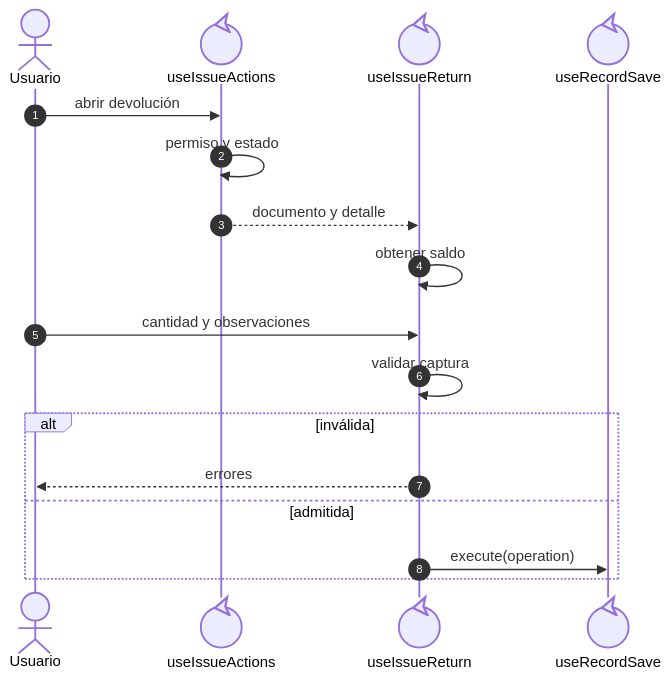
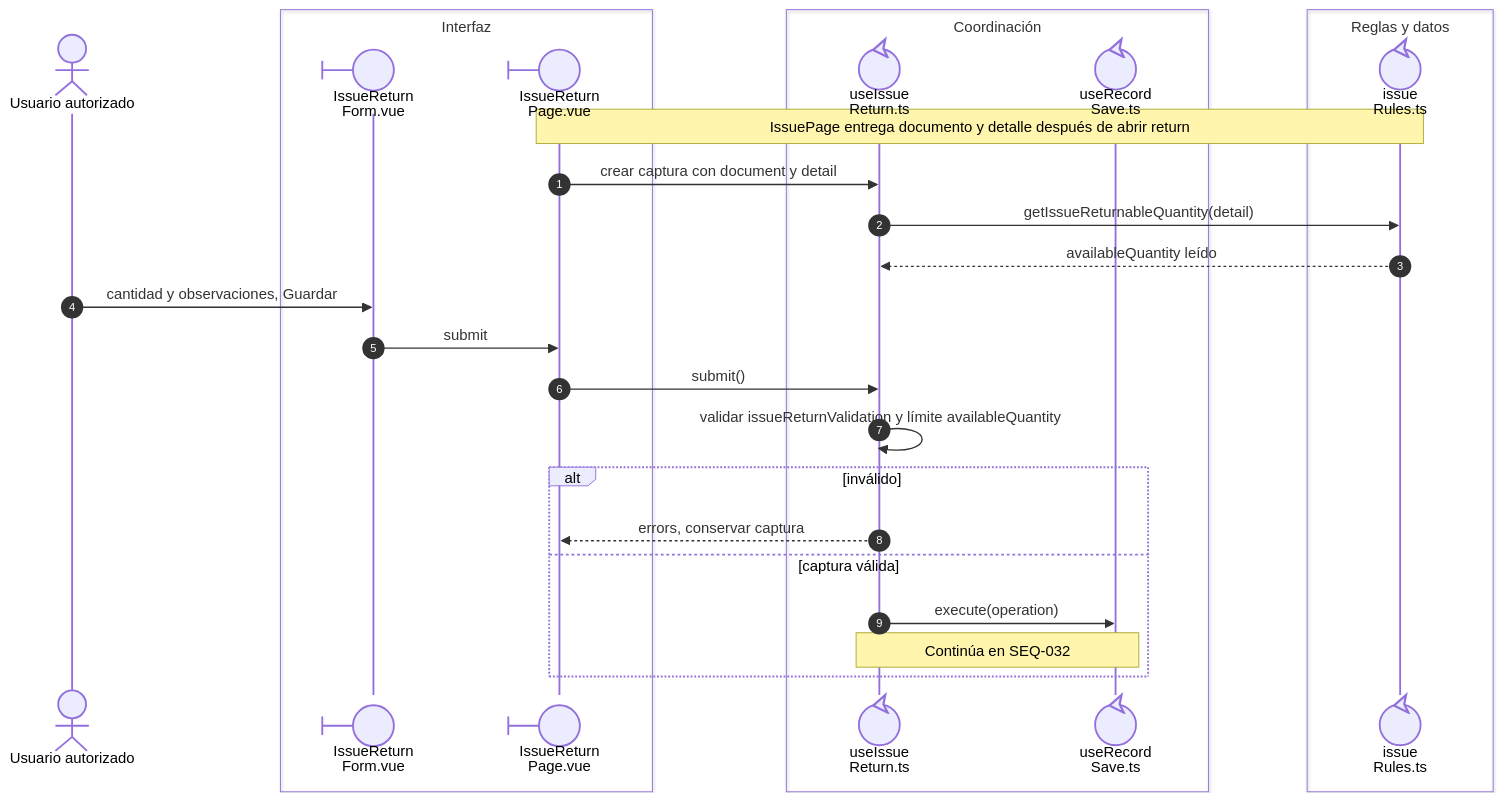
Before and after one commit to gpgsistemas01/nexus: the first of 2 diagrams in front/docs/architecture/views/processes/07-issues/03-issue-return.md, drawn with Mermaid. The commit also changed other lines of this file and 46 other files, not shown here.

Commit message:
docs: alinear secuencias Vue con participantes y callbacks reales

````diff
--- a/front/docs/architecture/views/processes/07-issues/03-issue-return.md
+++ b/front/docs/architecture/views/processes/07-issues/03-issue-return.md
@@ -15,19 +13,30 @@
 ```mermaid
 sequenceDiagram
     autonumber
-    actor Usuario
-    participant Actions@{ "type": "control" } as useIssueActions
-    participant Return@{ "type": "control" } as useIssueReturn
-    participant Save@{ "type": "control" } as useRecordSave
-    Usuario->>Actions: abrir devolución
-    Actions->>Actions: permiso y estado
-    Actions-->>Return: documento y detalle
-    Return->>Return: obtener saldo
-    Usuario->>Return: cantidad y observaciones
-    Return->>Return: validar captura
-    alt inválida
-        Return-->>Usuario: errores
-    else admitida
+    actor U as Usuario autorizado
+    box Interfaz
+    participant Form@{ "type": "boundary" } as IssueReturn<br/>Form.vue
+    participant Page@{ "type": "boundary" } as IssueReturn<br/>Page.vue
+    end
+    box Coordinación
+    participant Return@{ "type": "control" } as useIssue<br/>Return.ts
+    participant Save@{ "type": "control" } as useRecord<br/>Save.ts
+    end
+    box Reglas y datos
+    participant Rules@{ "type": "control" } as issue<br/>Rules.ts
+    end
+    Note over Page,Rules: IssuePage entrega documento y detalle después de abrir return
+    Page->>Return: crear captura con document y detail
+    Return->>Rules: getIssueReturnableQuantity(detail)
+    Rules-->>Return: availableQuantity leído
+    U->>Form: cantidad y observaciones, Guardar
+    Form->>Page: submit
+    Page->>Return: submit()
+    Return->>Return: validar issueReturnValidation y límite availableQuantity
+    alt inválido
+        Return-->>Page: errors, conservar captura
+    else captura válida
         Return->>Save: execute(operation)
+        Note over Return,Save: Continúa en SEQ-032
     end
 ```
````
